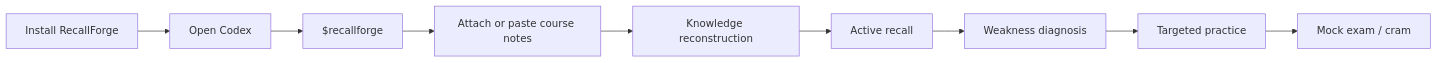
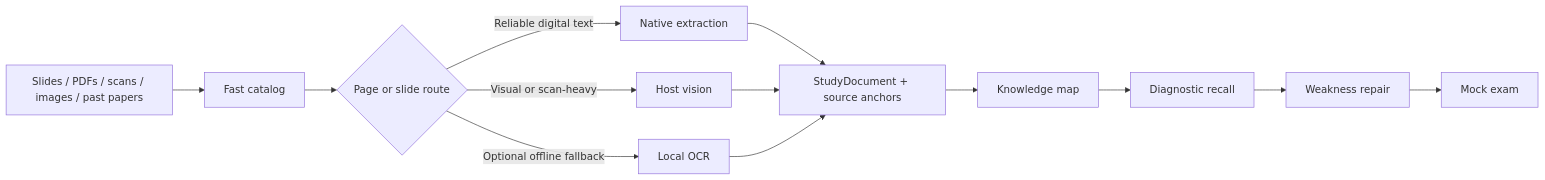
The diagram in README.md (SiriZhao/recallforge-skill), drawn with Mermaid before and after one commit. The commit also changed other lines of this file and 54 other files, not shown here.

````diff
--- a/README.md
+++ b/README.md
@@ -85,11 +42,15 @@
 ```mermaid
 flowchart LR
-  A[Install RecallForge] --> B[Open Codex]
-  B --> C[$recallforge]
-  C --> D[Attach or paste course notes]
-  D --> E[Knowledge reconstruction]
-  E --> F[Active recall]
-  F --> G[Weakness diagnosis]
-  G --> H[Targeted practice]
-  H --> I[Mock exam / cram]
+  A[Slides / PDFs / scans / images / past papers] --> B[Fast catalog]
+  B --> C{Page or slide route}
+  C -->|Reliable digital text| D[Native extraction]
+  C -->|Visual or scan-heavy| E[Host vision]
+  C -->|Optional offline fallback| F[Local OCR]
+  D --> G[StudyDocument + source anchors]
+  E --> G
+  F --> G
+  G --> H[Knowledge map]
+  H --> I[Diagnostic recall]
+  I --> J[Weakness repair]
+  J --> K[Mock exam]
 ```
````
